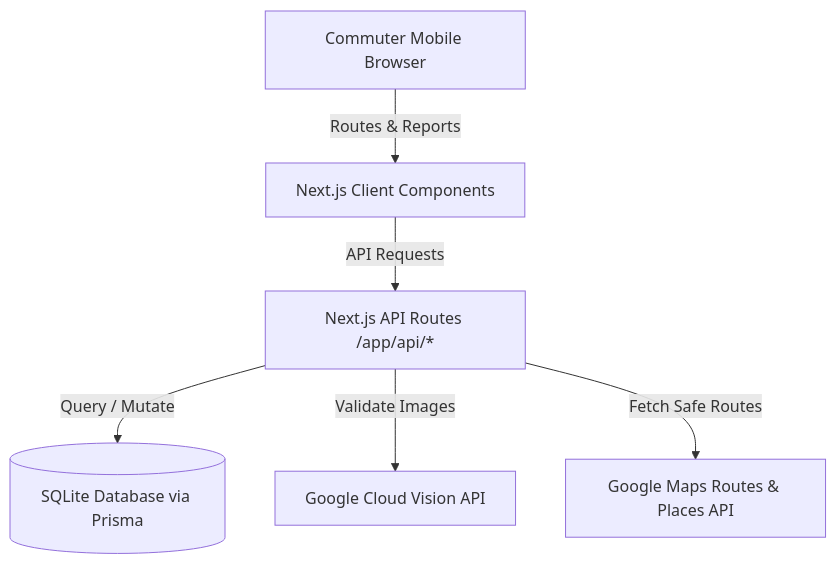
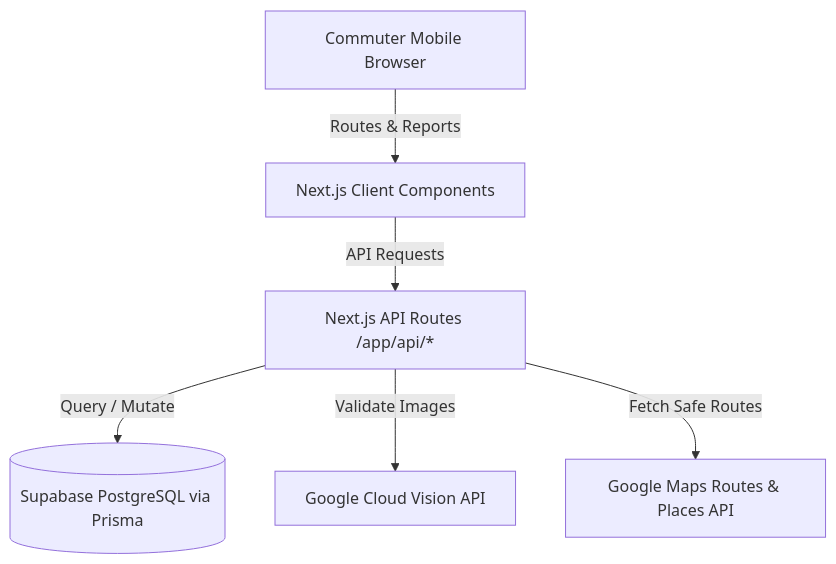
One commit to JJ-l4lbs/Ligtas-Larga changed the first of 2 diagrams in Architecture.md. Above: the diagram before and after it, drawn with Mermaid. The commit also changed other lines of this file and 5 other files, not shown here.

Commit message:
Updated the Plan and architecture as well as the .md files

````diff
--- a/Architecture.md
+++ b/Architecture.md
@@ -16,8 +16,8 @@
 ```mermaid
 graph TD
     User[Commuter Mobile Browser] -->|Routes & Reports| FE[Next.js Client Components]
     FE -->|API Requests| BE[Next.js API Routes /app/api/*]
-    BE -->|Query / Mutate| DB[(SQLite Database via Prisma)]
+    BE -->|Query / Mutate| DB[(Supabase PostgreSQL via Prisma)]
     BE -->|Validate Images| VisionAPI[Google Cloud Vision API]
     BE -->|Fetch Safe Routes| MapsAPI[Google Maps Routes & Places API]
 ```
````
